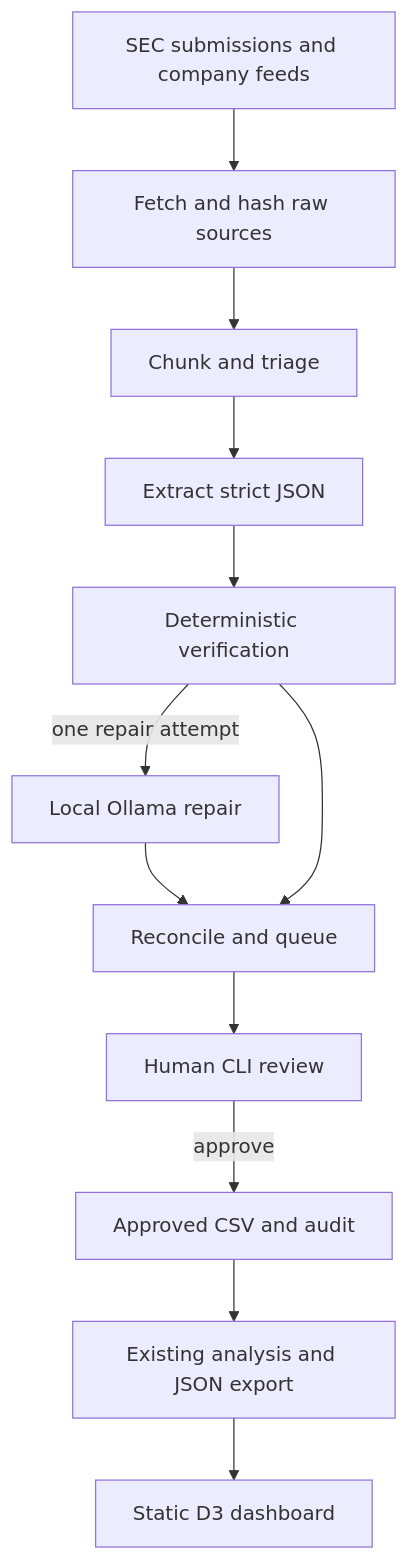
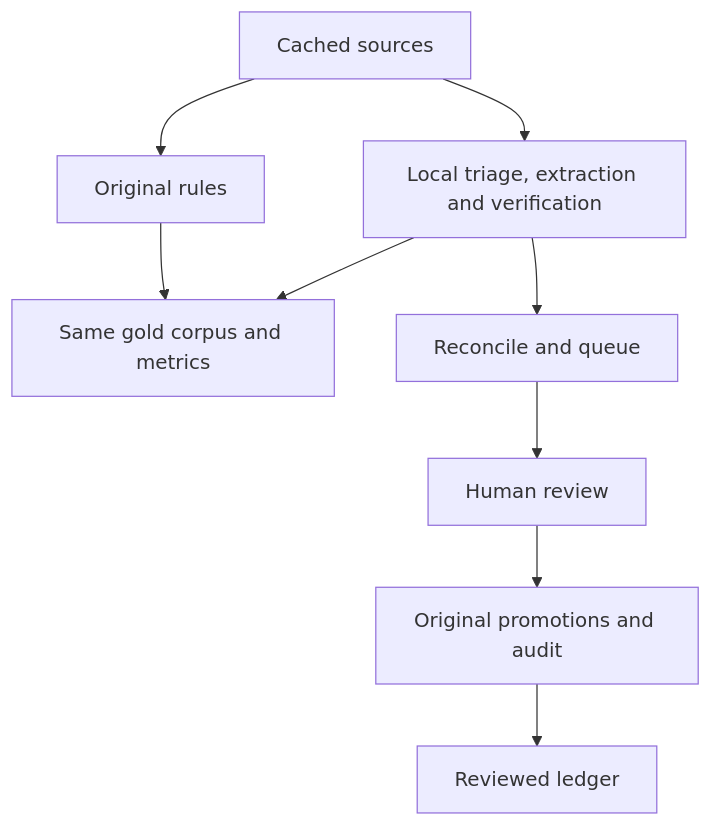
One commit to davidgold00/round-trip changed the diagram in README.md. Above: the diagram before and after it, drawn with Mermaid. The commit also changed other lines of this file and 3 other files, not shown here.

````diff
--- a/README.md
+++ b/README.md
@@ -188,14 +174,11 @@
 ```mermaid
 flowchart TD
-    S["SEC submissions and company feeds"] --> F["Fetch and hash raw sources"]
-    F --> T["Chunk and triage"]
-    T --> E["Extract strict JSON"]
-    E --> V["Deterministic verification"]
-    V -->|"one repair attempt"| R["Local Ollama repair"]
-    R --> Q["Reconcile and queue"]
-    V --> Q
-    Q --> H["Human CLI review"]
-    H -->|"approve"| L["Approved CSV and audit"]
-    L --> P["Existing analysis and JSON export"]
-    P --> D["Static D3 dashboard"]
+  S["Cached sources"] --> R["Original rules"]
+  S --> A["Local triage, extraction and verification"]
+  R --> B["Same gold corpus and metrics"]
+  A --> B
+  A --> Q["Reconcile and queue"]
+  Q --> H["Human review"]
+  H --> P["Original promotions and audit"]
+  P --> G["Reviewed ledger"]
 ```
````
